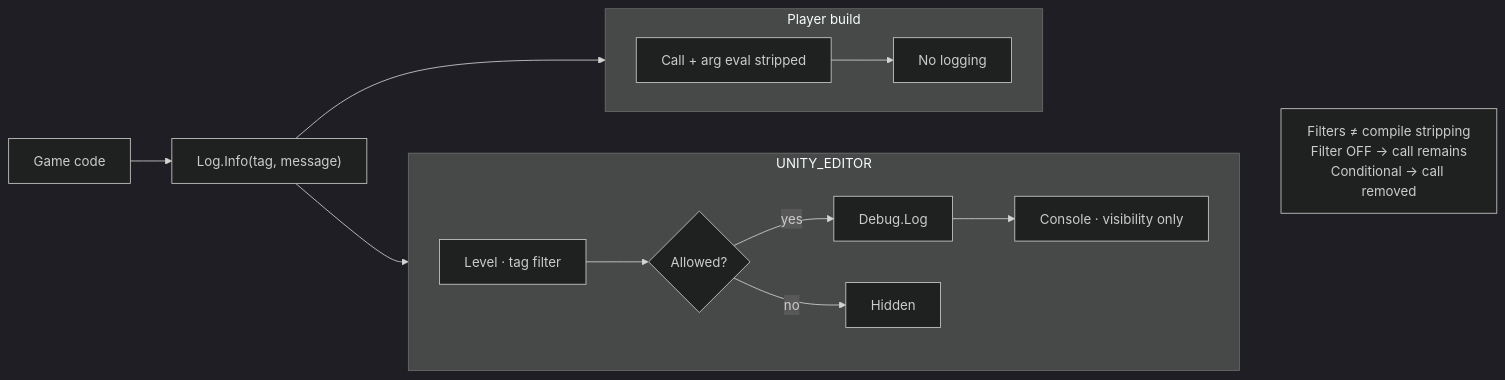
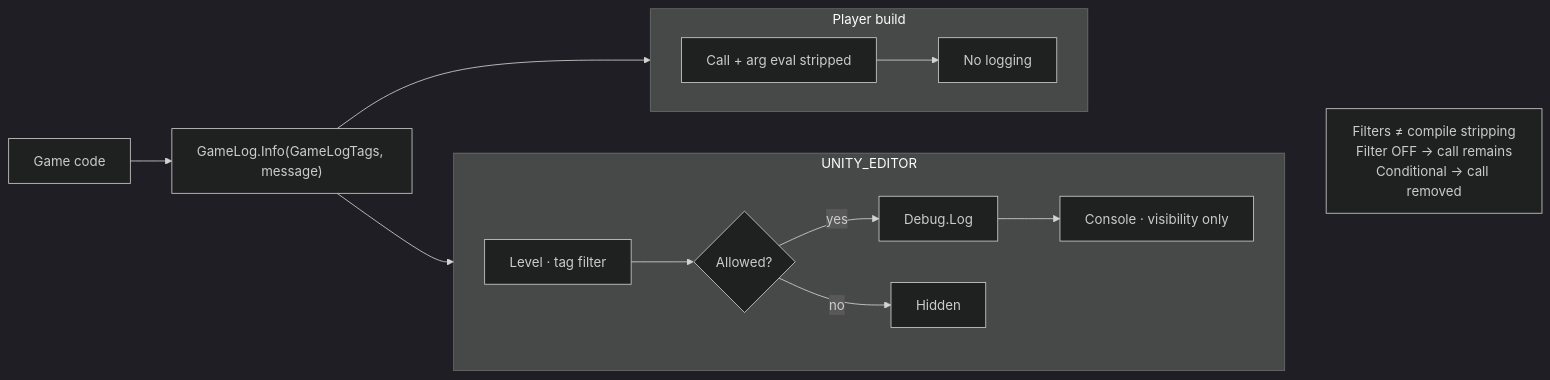
The diagram in docs/diagrams/overview.mmd (monet5379/unity-conditional-log), drawn with Mermaid before and after one commit. The commit also changed 73 other files, not shown here.

First line of the commit message:
refactor: Log를 GameLog로 바꾸고 태그를 GameLogTags enum으로 고정

```diff
--- a/docs/diagrams/overview.mmd
+++ b/docs/diagrams/overview.mmd
@@ -1,22 +1,22 @@
 %%{init: {'theme':'dark'}}%%
 flowchart LR
-  G["Game code"] --> L["Log.Info(tag, message)"]
+  G["Game code"] --> L["GameLog.Info(GameLogTags, message)"]
 
   subgraph EDITOR["UNITY_EDITOR"]
     direction LR
     F["Level · tag filter"] --> A{"Allowed?"}
     A -->|yes| DL["Debug.Log"] --> C["Console · visibility only"]
     A -->|no| H["Hidden"]
   end
 
   subgraph PLAYER["Player build"]
     direction LR
     S["Call + arg eval stripped"] --> NL["No logging"]
   end
 
   L --> F
   L --> S
 
   NOTE["Filters ≠ compile stripping<br/>Filter OFF → call remains<br/>Conditional → call removed"]
   C ~~~ NOTE
   NL ~~~ NOTE
```
